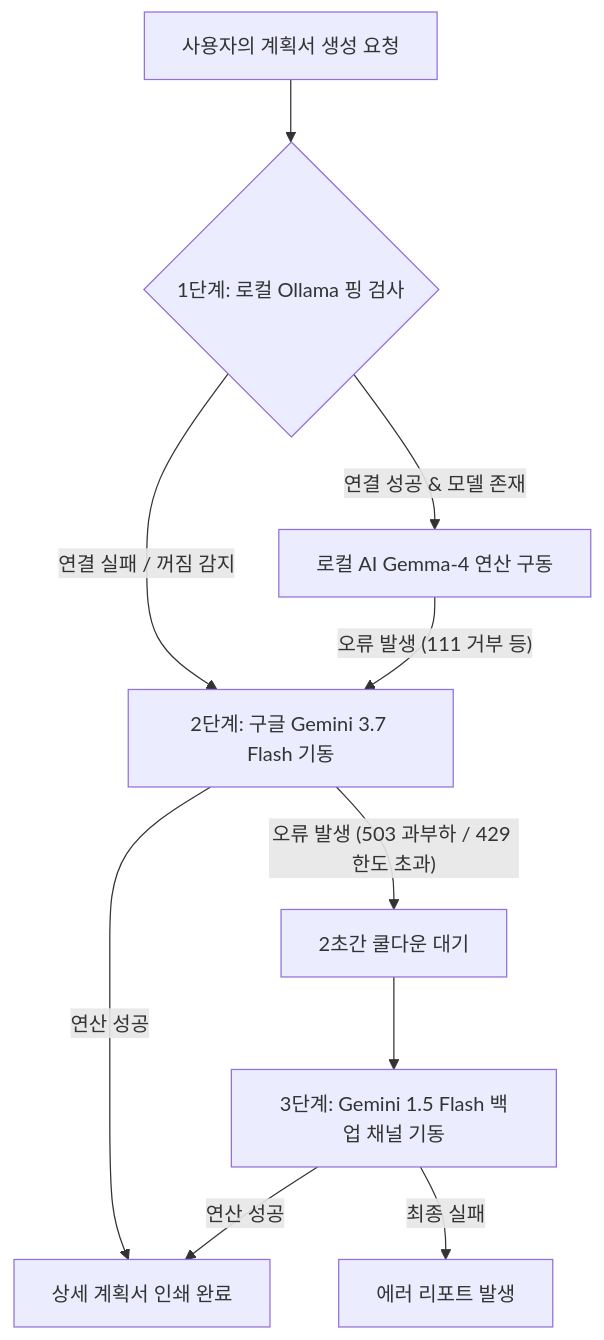
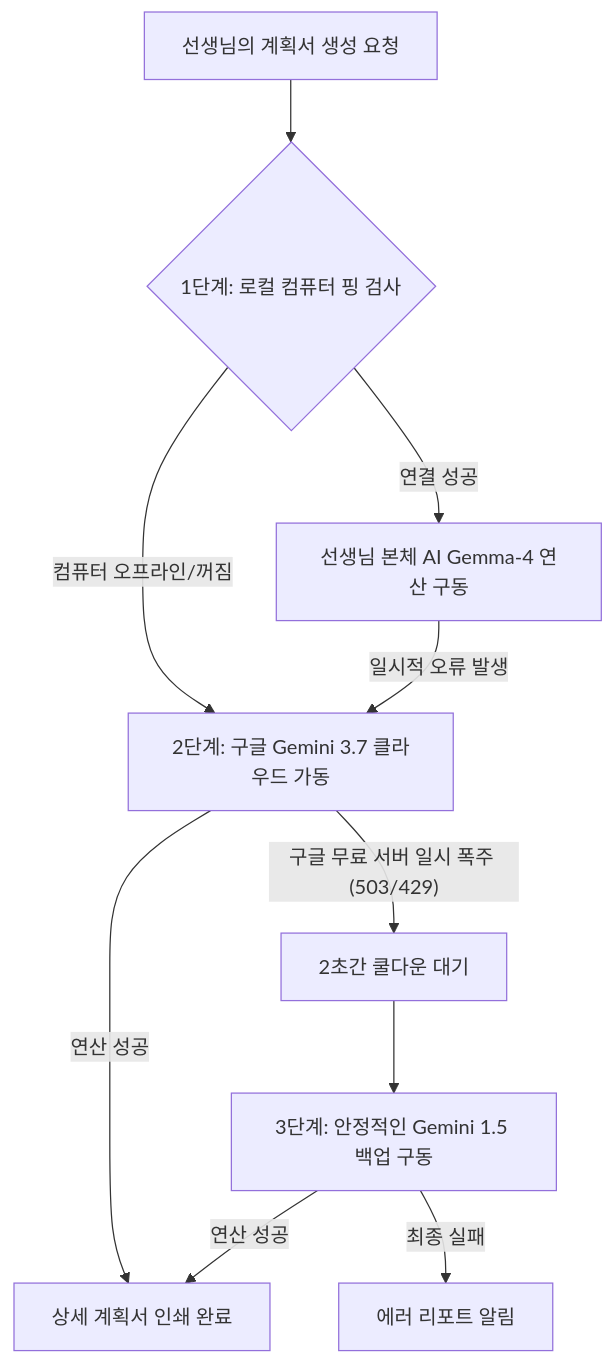
Before and after one commit to bbakseda/PBLgogo: the diagram in project_summary.md, drawn with Mermaid. The commit also changed other lines of this file, not shown here.

````diff
--- a/project_summary.md
+++ b/project_summary.md
@@ -19,15 +39,15 @@
 ```mermaid
 graph TD
-    A[사용자의 계획서 생성 요청] --> B{1단계: 로컬 Ollama 핑 검사}
-    B -- 연결 성공 & 모델 존재 --> C[로컬 AI Gemma-4 연산 구동]
-    B -- 연결 실패 / 꺼짐 감지 --> D[2단계: 구글 Gemini 3.7 Flash 기동]
+    A[선생님의 계획서 생성 요청] --> B{1단계: 로컬 컴퓨터 핑 검사}
+    B -- 연결 성공 --> C[선생님 본체 AI Gemma-4 연산 구동]
+    B -- 컴퓨터 오프라인/꺼짐 --> D[2단계: 구글 Gemini 3.7 클라우드 가동]
     
-    C -- "오류 발생 (111 거부 등)" --> D
+    C -- "일시적 오류 발생" --> D
     
     D -- 연산 성공 --> E[상세 계획서 인쇄 완료]
-    D -- "오류 발생 (503 과부하 / 429 한도 초과)" --> F[2초간 쿨다운 대기]
+    D -- "구글 무료 서버 일시 폭주 (503/429)" --> F[2초간 쿨다운 대기]
     
-    F --> G[3단계: Gemini 1.5 Flash 백업 채널 기동]
+    F --> G[3단계: 안정적인 Gemini 1.5 백업 구동]
     G -- 연산 성공 --> E
-    G -- "최종 실패" --> H[에러 리포트 발생]
+    G -- "최종 실패" --> H[에러 리포트 알림]
 ```
````
